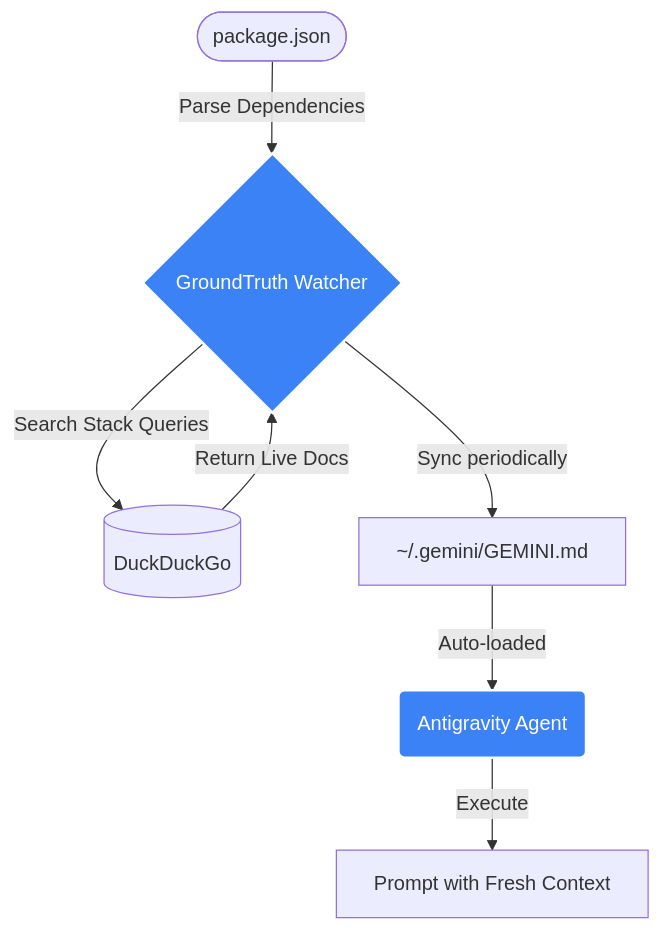
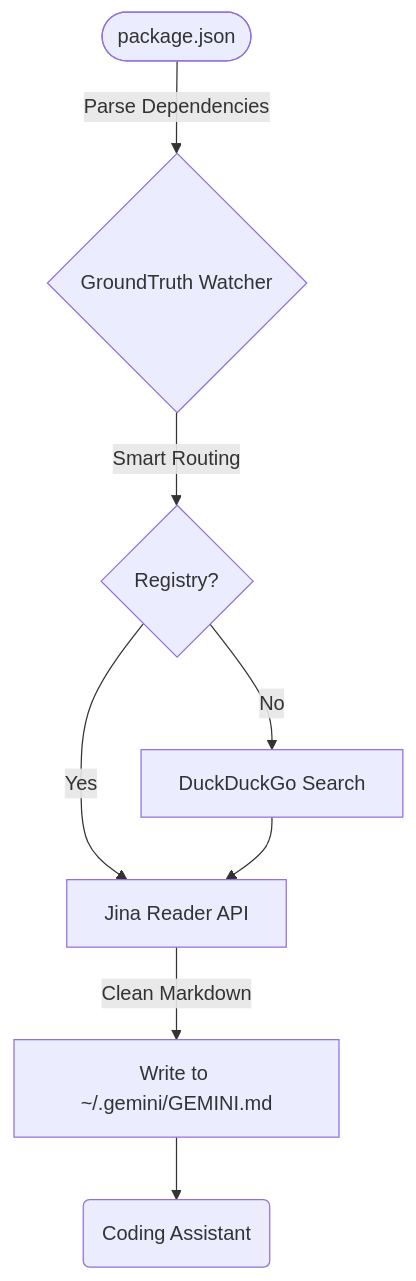
The second of 2 diagrams in README.md (anto0102/GroundTruth), drawn with Mermaid before and after one commit. The commit also changed other lines of this file and 9 other files, not shown here.

````diff
--- a/README.md
+++ b/README.md
@@ -79,12 +80,9 @@
 ```mermaid
 flowchart TD
     pkg([package.json]) -->|Parse Dependencies| GT{GroundTruth Watcher}
-    GT -->|Search Stack Queries| DDG[(DuckDuckGo)]
-    DDG -->|Return Live Docs| GT
-    GT -->|Sync periodically| File[~/.gemini/GEMINI.md]
-    File -->|Auto-loaded| Agent(Antigravity Agent)
-    Agent -->|Execute| Prompt[Prompt with Fresh Context]
-
-    classDef core fill:#3B82F6,stroke:#fff,stroke-width:2px,color:#fff;
-    class GT,Agent core;
+    GT -->|Smart Routing| Map{Registry?}
+    Map -->|Yes| Jina[Jina Reader API]
+    Map -->|No| DDG[DuckDuckGo Search] --> Jina
+    Jina -->|Clean Markdown| Gen[Write to ~/.gemini/GEMINI.md]
+    Gen --> Agent(Coding Assistant)
 ```
````
